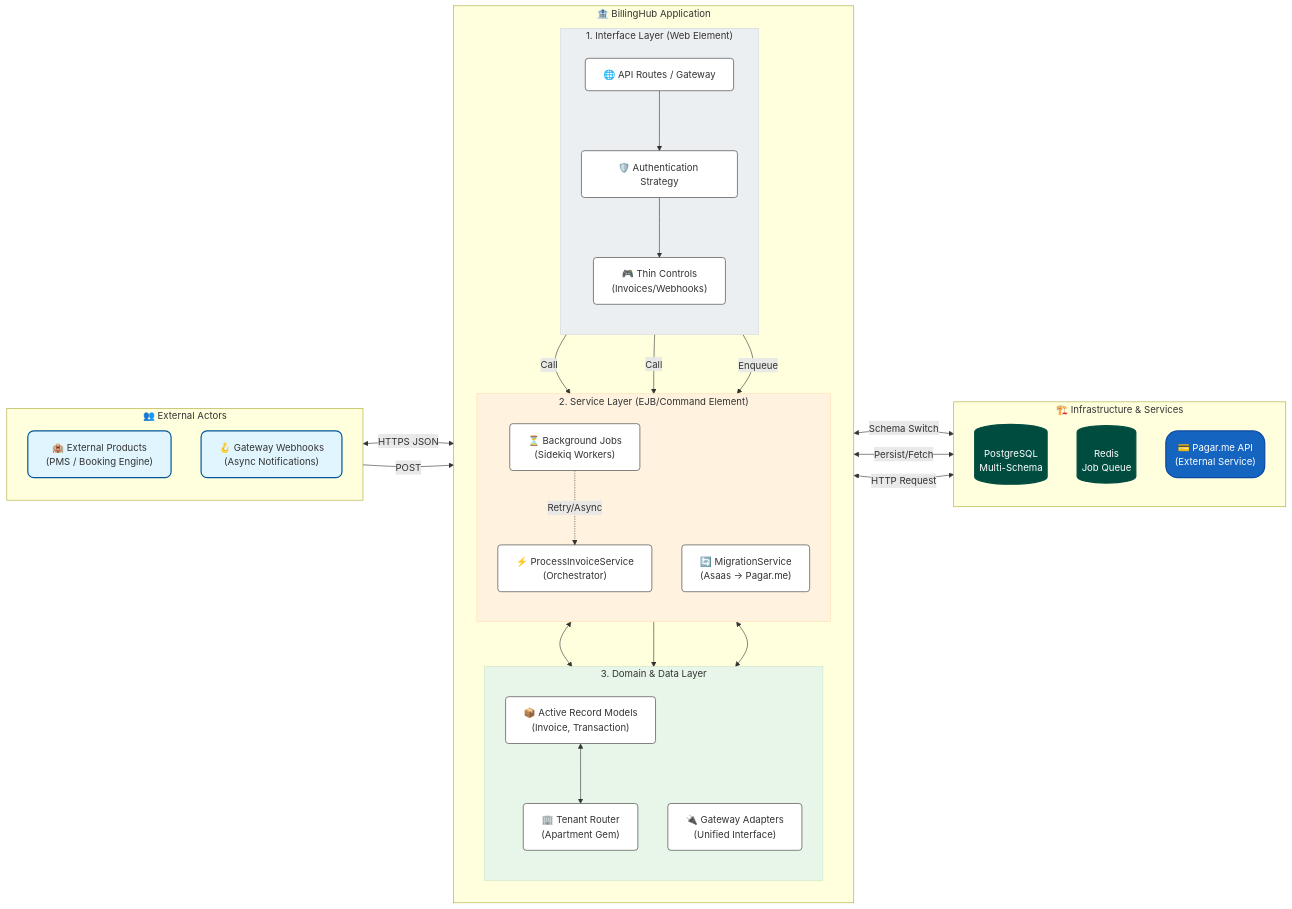
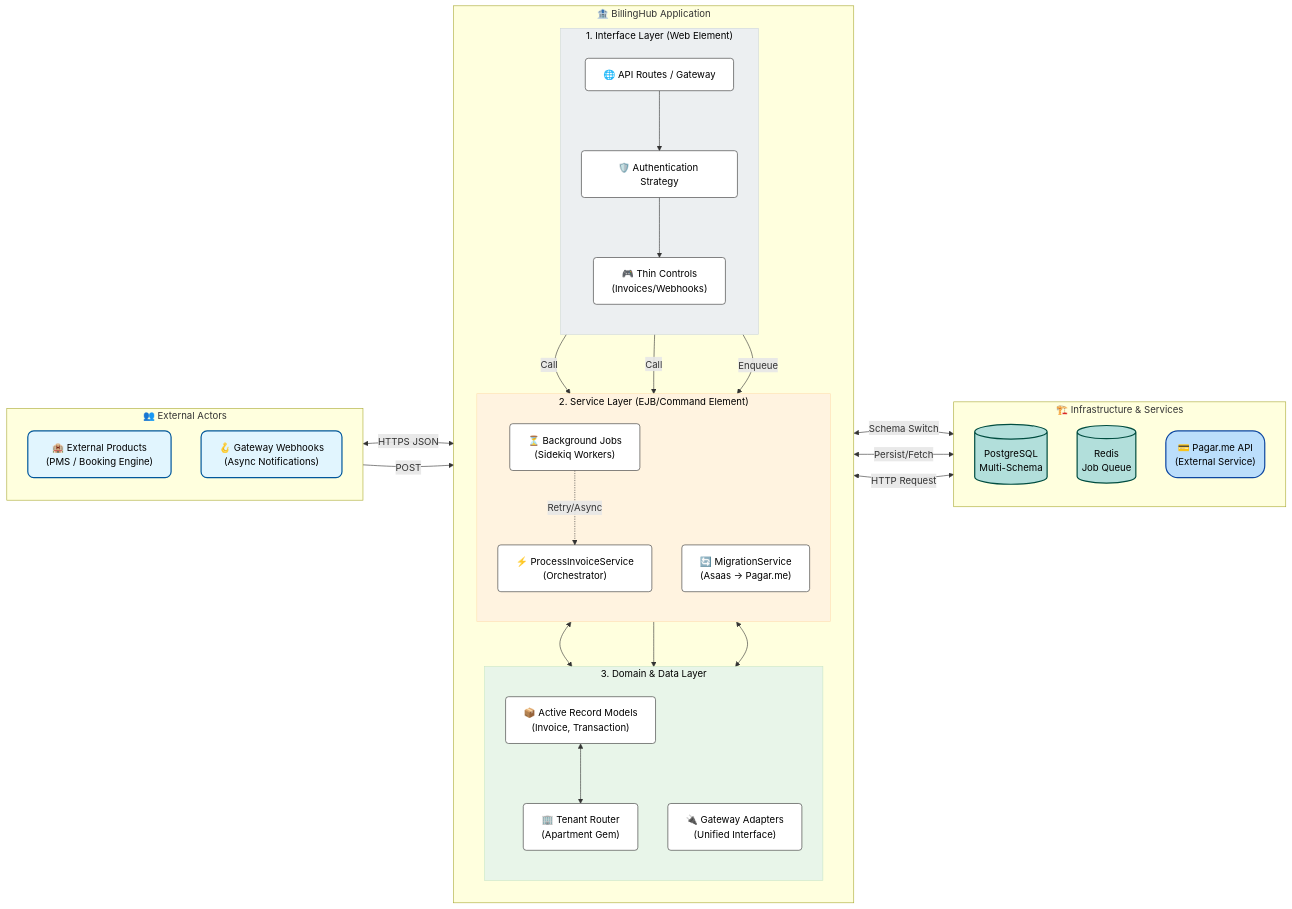
One commit to pcajoao/billing_hub changed the diagram in README.md. Above: the diagram before and after it, drawn with Mermaid. The commit also changed 2 other files, not shown here.

Commit message:
adjusting documentation files, changing fluxograms colors

````diff
--- a/README.md
+++ b/README.md
@@ -88,11 +88,12 @@
 ```mermaid
 flowchart LR
-    %% Styles matching the reference "look"
-    classDef actor fill:#e1f5fe,stroke:#01579b,stroke-width:2px,rx:10,ry:10;
-    classDef layer fill:#f9f9f9,stroke:#9e9e9e,stroke-width:2px,rx:10,ry:10;
-    classDef component fill:#ffffff,stroke:#333,stroke-width:1px,rx:5,ry:5;
-    classDef db fill:#004d40,stroke:#004d40,stroke-width:2px,color:#fff,shape:cylinder;
-    classDef ext fill:#1565c0,stroke:#0d47a1,stroke-width:2px,color:#fff,rx:20,ry:20;
+    %% Styles matching the reference "look" (High Contrast / Black Text)
+    classDef actor fill:#e1f5fe,stroke:#01579b,stroke-width:2px,rx:10,ry:10,color:#000;
+    classDef layer fill:#f9f9f9,stroke:#9e9e9e,stroke-width:2px,rx:10,ry:10,color:#000;
+    classDef component fill:#ffffff,stroke:#333,stroke-width:1px,rx:5,ry:5,color:#000;
+    %% Changed DB/Ext to lighter backgrounds so black text is readable
+    classDef db fill:#b2dfdb,stroke:#004d40,stroke-width:2px,color:#000,shape:cylinder;
+    classDef ext fill:#bbdefb,stroke:#0d47a1,stroke-width:2px,color:#000,rx:20,ry:20;
 
     %% Left Column: Users/Actors
     subgraph Clients ["👥 External Actors"]
@@ -161,8 +162,13 @@
     Jobs <--> |Persist/Fetch| Redis
     Adapters <--> |HTTP Request| PagarMe
 
-    %% Layer Visuals
-    style Layer1 fill:#eceff1,stroke:#cfd8dc
-    style Layer2 fill:#fff3e0,stroke:#ffe0b2
-    style Layer3 fill:#e8f5e9,stroke:#c8e6c9
+    %% Layer Visuals (Force Black Text on Light Backgrounds)
+    style Layer1 fill:#eceff1,stroke:#cfd8dc,color:#000
+    style Layer2 fill:#fff3e0,stroke:#ffe0b2,color:#000
+    style Layer3 fill:#e8f5e9,stroke:#c8e6c9,color:#000
+
+    %% Outer Containers (Force White Text on Dark/Neutral Backgrounds if needed)
+    %% Assuming dark theme IDE, these might already be white, but let's be safe.
+    %% We won't force fill to avoid clashing with IDE theme, but we ensure text is visible if we were to set it.
+    %% For now, focusing on the reported "white text" issue which is usually the Inner Layers.
 ```
````
